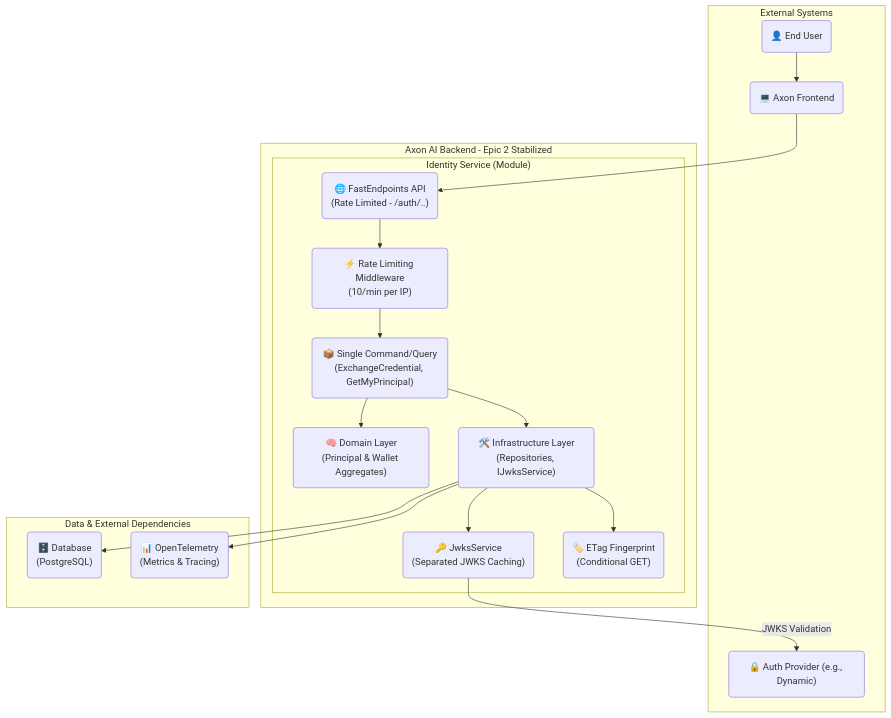
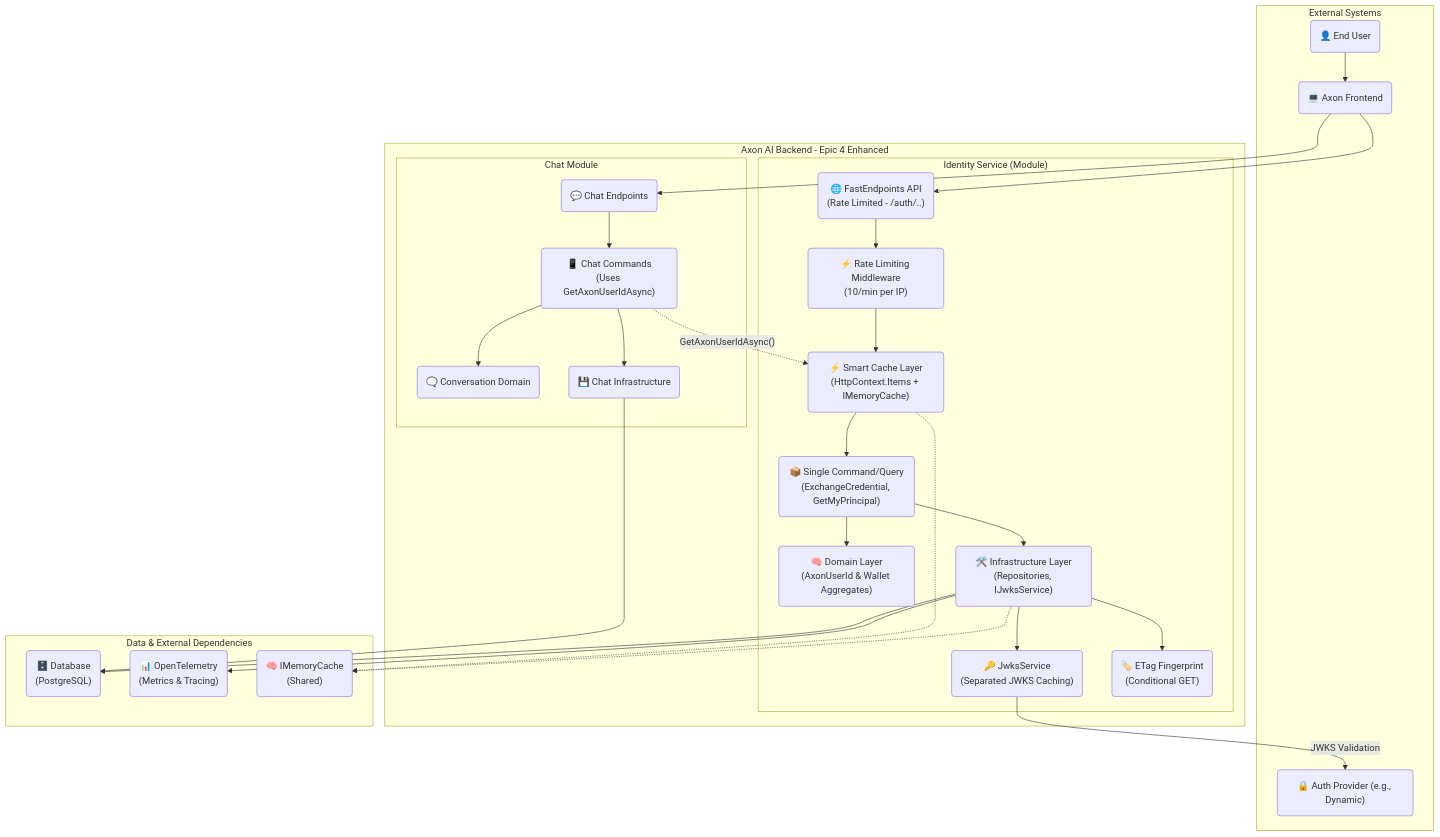
Before and after one commit to valentynkt/Axon-Backend-Github: the first of 5 diagrams in Docs/BMAD/architecture.md, drawn with Mermaid. The commit also changed other lines of this file and 48 other files, not shown here.

````diff
--- a/Docs/BMAD/architecture.md
+++ b/Docs/BMAD/architecture.md
@@ -65,37 +69,56 @@
 ```mermaid
 graph TD
     subgraph "External Systems"
         User("👤 End User");
         Frontend("💻 Axon Frontend");
         AuthProvider("🔒 Auth Provider (e.g., Dynamic)");
     end
 
-    subgraph "Axon AI Backend - Epic 2 Stabilized"
+    subgraph "Axon AI Backend - Epic 4 Enhanced"
         subgraph "Identity Service (Module)"
             API("🌐 FastEndpoints API<br/>(Rate Limited - /auth/..)")
             RateLimit("⚡ Rate Limiting Middleware<br/>(10/min per IP)")
+            CacheLayer("⚡ Smart Cache Layer<br/>(HttpContext.Items + IMemoryCache)")
             AppLayer("📦 Single Command/Query<br/>(ExchangeCredential, GetMyPrincipal)")
-            DomainLayer("🧠 Domain Layer<br/>(Principal & Wallet Aggregates)")
+            DomainLayer("🧠 Domain Layer<br/>(AxonUserId & Wallet Aggregates)")
             InfraLayer("🛠️ Infrastructure Layer<br/>(Repositories, IJwksService)")
             JwksService("🔑 JwksService<br/>(Separated JWKS Caching)")
             ETagService("🏷️ ETag Fingerprint<br/>(Conditional GET)")
+        end
+
+        subgraph "Chat Module"
+            ChatAPI("💬 Chat Endpoints")
+            ChatApp("📱 Chat Commands<br/>(Uses GetAxonUserIdAsync)")
+            ChatDomain("🗨️ Conversation Domain")
+            ChatInfra("💾 Chat Infrastructure")
         end
     end
 
     subgraph "Data & External Dependencies"
         DB("🗄️ Database<br/>(PostgreSQL)");
         OTel("📊 OpenTelemetry<br/>(Metrics & Tracing)")
+        MemCache("🧠 IMemoryCache<br/>(Shared)")
     end
 
     User --> Frontend;
     Frontend --> API;
+    Frontend --> ChatAPI;
     API --> RateLimit;
-    RateLimit --> AppLayer;
+    RateLimit --> CacheLayer;
+    CacheLayer --> AppLayer;
     AppLayer --> DomainLayer;
     AppLayer --> InfraLayer;
     InfraLayer --> DB;
     InfraLayer --> ETagService;
     InfraLayer --> JwksService;
     JwksService -- "JWKS Validation" --> AuthProvider;
     InfraLayer --> OTel;
+
+    ChatAPI --> ChatApp;
+    ChatApp --> ChatDomain;
+    ChatApp --> ChatInfra;
+    ChatInfra --> DB;
+    ChatApp -.->|"GetAxonUserIdAsync()"| CacheLayer;
+    CacheLayer -.-> MemCache;
+    InfraLayer -.-> MemCache;
 ```
````
